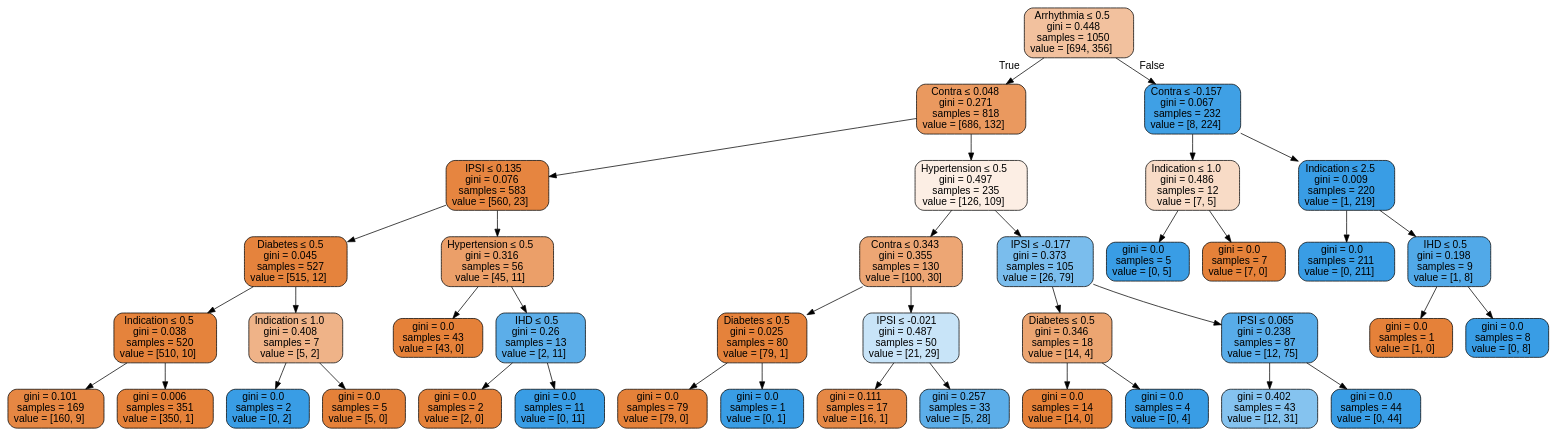
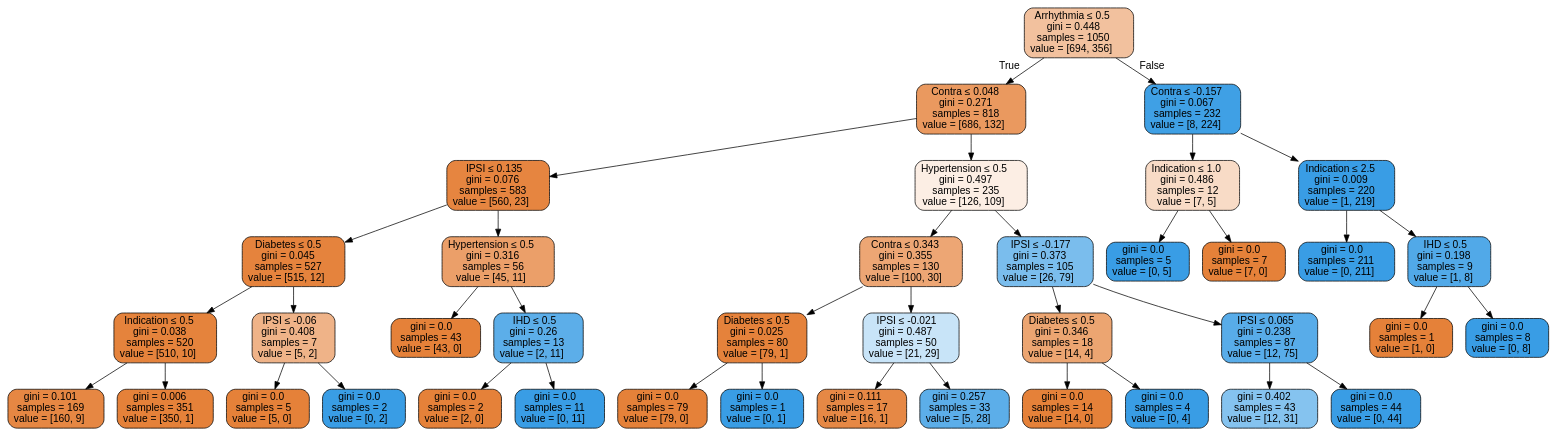
Before and after one commit to bdavis9725/Medical-Data-Mining: the diagram in tree.dot, drawn with Graphviz. The commit also changed 2 other files, not shown here.

```diff
--- a/tree.dot
+++ b/tree.dot
@@ -1,81 +1,81 @@
 digraph Tree {
 node [shape=box, style="filled, rounded", color="black", fontname=helvetica] ;
 edge [fontname=helvetica] ;
 0 [label=<Arrhythmia &le; 0.5<br/>gini = 0.448<br/>samples = 1050<br/>value = [694, 356]>, fillcolor="#e581397c"] ;
 1 [label=<Contra &le; 0.048<br/>gini = 0.271<br/>samples = 818<br/>value = [686, 132]>, fillcolor="#e58139ce"] ;
 0 -> 1 [labeldistance=2.5, labelangle=45, headlabel="True"] ;
 2 [label=<IPSI &le; 0.135<br/>gini = 0.076<br/>samples = 583<br/>value = [560, 23]>, fillcolor="#e58139f5"] ;
 1 -> 2 ;
 3 [label=<Diabetes &le; 0.5<br/>gini = 0.045<br/>samples = 527<br/>value = [515, 12]>, fillcolor="#e58139f9"] ;
 2 -> 3 ;
 4 [label=<Indication &le; 0.5<br/>gini = 0.038<br/>samples = 520<br/>value = [510, 10]>, fillcolor="#e58139fa"] ;
 3 -> 4 ;
 5 [label=<gini = 0.101<br/>samples = 169<br/>value = [160, 9]>, fillcolor="#e58139f1"] ;
 4 -> 5 ;
 6 [label=<gini = 0.006<br/>samples = 351<br/>value = [350, 1]>, fillcolor="#e58139fe"] ;
 4 -> 6 ;
-7 [label=<Indication &le; 1.0<br/>gini = 0.408<br/>samples = 7<br/>value = [5, 2]>, fillcolor="#e5813999"] ;
+7 [label=<IPSI &le; -0.06<br/>gini = 0.408<br/>samples = 7<br/>value = [5, 2]>, fillcolor="#e5813999"] ;
 3 -> 7 ;
-8 [label=<gini = 0.0<br/>samples = 2<br/>value = [0, 2]>, fillcolor="#399de5ff"] ;
+8 [label=<gini = 0.0<br/>samples = 5<br/>value = [5, 0]>, fillcolor="#e58139ff"] ;
 7 -> 8 ;
-9 [label=<gini = 0.0<br/>samples = 5<br/>value = [5, 0]>, fillcolor="#e58139ff"] ;
+9 [label=<gini = 0.0<br/>samples = 2<br/>value = [0, 2]>, fillcolor="#399de5ff"] ;
 7 -> 9 ;
 10 [label=<Hypertension &le; 0.5<br/>gini = 0.316<br/>samples = 56<br/>value = [45, 11]>, fillcolor="#e58139c1"] ;
 2 -> 10 ;
 11 [label=<gini = 0.0<br/>samples = 43<br/>value = [43, 0]>, fillcolor="#e58139ff"] ;
 10 -> 11 ;
 12 [label=<IHD &le; 0.5<br/>gini = 0.26<br/>samples = 13<br/>value = [2, 11]>, fillcolor="#399de5d1"] ;
 10 -> 12 ;
 13 [label=<gini = 0.0<br/>samples = 2<br/>value = [2, 0]>, fillcolor="#e58139ff"] ;
 12 -> 13 ;
 14 [label=<gini = 0.0<br/>samples = 11<br/>value = [0, 11]>, fillcolor="#399de5ff"] ;
 12 -> 14 ;
 15 [label=<Hypertension &le; 0.5<br/>gini = 0.497<br/>samples = 235<br/>value = [126, 109]>, fillcolor="#e5813922"] ;
 1 -> 15 ;
 16 [label=<Contra &le; 0.343<br/>gini = 0.355<br/>samples = 130<br/>value = [100, 30]>, fillcolor="#e58139b3"] ;
 15 -> 16 ;
 17 [label=<Diabetes &le; 0.5<br/>gini = 0.025<br/>samples = 80<br/>value = [79, 1]>, fillcolor="#e58139fc"] ;
 16 -> 17 ;
 18 [label=<gini = 0.0<br/>samples = 79<br/>value = [79, 0]>, fillcolor="#e58139ff"] ;
 17 -> 18 ;
 19 [label=<gini = 0.0<br/>samples = 1<br/>value = [0, 1]>, fillcolor="#399de5ff"] ;
 17 -> 19 ;
 20 [label=<IPSI &le; -0.021<br/>gini = 0.487<br/>samples = 50<br/>value = [21, 29]>, fillcolor="#399de546"] ;
 16 -> 20 ;
 21 [label=<gini = 0.111<br/>samples = 17<br/>value = [16, 1]>, fillcolor="#e58139ef"] ;
 20 -> 21 ;
 22 [label=<gini = 0.257<br/>samples = 33<br/>value = [5, 28]>, fillcolor="#399de5d1"] ;
 20 -> 22 ;
 23 [label=<IPSI &le; -0.177<br/>gini = 0.373<br/>samples = 105<br/>value = [26, 79]>, fillcolor="#399de5ab"] ;
 15 -> 23 ;
 24 [label=<Diabetes &le; 0.5<br/>gini = 0.346<br/>samples = 18<br/>value = [14, 4]>, fillcolor="#e58139b6"] ;
 23 -> 24 ;
 25 [label=<gini = 0.0<br/>samples = 14<br/>value = [14, 0]>, fillcolor="#e58139ff"] ;
 24 -> 25 ;
 26 [label=<gini = 0.0<br/>samples = 4<br/>value = [0, 4]>, fillcolor="#399de5ff"] ;
 24 -> 26 ;
 27 [label=<IPSI &le; 0.065<br/>gini = 0.238<br/>samples = 87<br/>value = [12, 75]>, fillcolor="#399de5d6"] ;
 23 -> 27 ;
 28 [label=<gini = 0.402<br/>samples = 43<br/>value = [12, 31]>, fillcolor="#399de59c"] ;
 27 -> 28 ;
 29 [label=<gini = 0.0<br/>samples = 44<br/>value = [0, 44]>, fillcolor="#399de5ff"] ;
 27 -> 29 ;
 30 [label=<Contra &le; -0.157<br/>gini = 0.067<br/>samples = 232<br/>value = [8, 224]>, fillcolor="#399de5f6"] ;
 0 -> 30 [labeldistance=2.5, labelangle=-45, headlabel="False"] ;
 31 [label=<Indication &le; 1.0<br/>gini = 0.486<br/>samples = 12<br/>value = [7, 5]>, fillcolor="#e5813949"] ;
 30 -> 31 ;
 32 [label=<gini = 0.0<br/>samples = 5<br/>value = [0, 5]>, fillcolor="#399de5ff"] ;
 31 -> 32 ;
 33 [label=<gini = 0.0<br/>samples = 7<br/>value = [7, 0]>, fillcolor="#e58139ff"] ;
 31 -> 33 ;
 34 [label=<Indication &le; 2.5<br/>gini = 0.009<br/>samples = 220<br/>value = [1, 219]>, fillcolor="#399de5fe"] ;
 30 -> 34 ;
 35 [label=<gini = 0.0<br/>samples = 211<br/>value = [0, 211]>, fillcolor="#399de5ff"] ;
 34 -> 35 ;
 36 [label=<IHD &le; 0.5<br/>gini = 0.198<br/>samples = 9<br/>value = [1, 8]>, fillcolor="#399de5df"] ;
 34 -> 36 ;
 37 [label=<gini = 0.0<br/>samples = 1<br/>value = [1, 0]>, fillcolor="#e58139ff"] ;
 36 -> 37 ;
 38 [label=<gini = 0.0<br/>samples = 8<br/>value = [0, 8]>, fillcolor="#399de5ff"] ;
 36 -> 38 ;
 }
```
